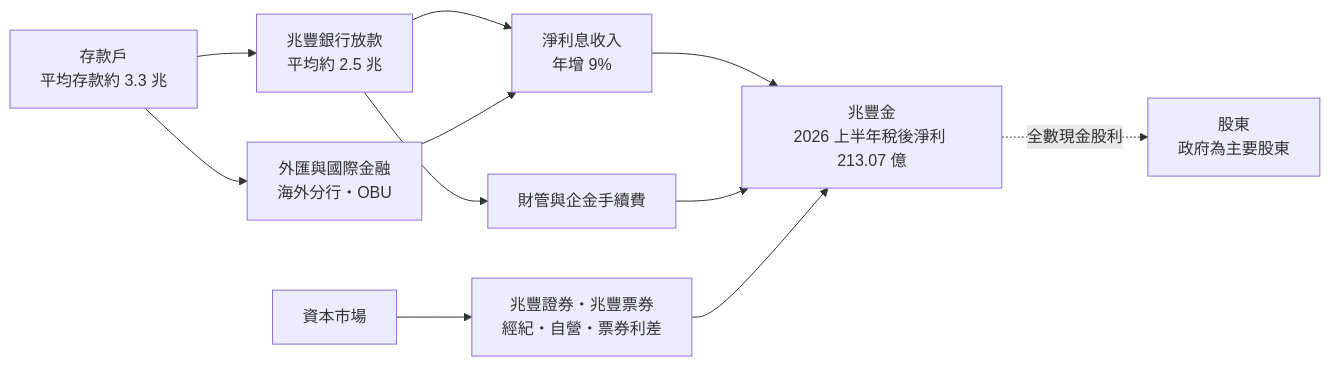
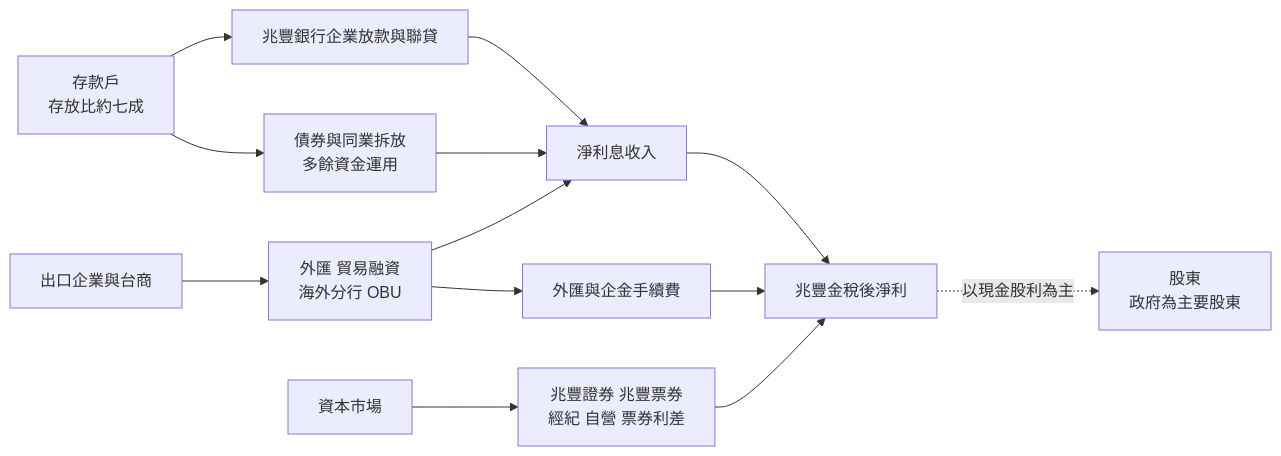
The second of 4 diagrams in 個股/台股/2886兆豐金.md (wangnick1004/taiwan-stock-vault), drawn with Mermaid before and after one commit. The commit also changed other lines of this file and 7 other files, not shown here.

````diff
--- a/個股/台股/2886兆豐金.md
+++ b/個股/台股/2886兆豐金.md
@@ -72,13 +74,15 @@
 ```mermaid
 flowchart LR
-    A[存款戶<br/>平均存款約 3.3 兆] --> C[兆豐銀行放款<br/>平均約 2.5 兆]
-    A --> D[外匯與國際金融<br/>海外分行・OBU]
-    C --> E[淨利息收入<br/>年增 9%]
-    D --> E
-    C --> F[財管與企金手續費]
-    G[資本市場] --> H[兆豐證券・兆豐票券<br/>經紀・自營・票券利差]
-    E --> J[兆豐金<br/>2026 上半年稅後淨利 213.07 億]
-    F --> J
-    H --> J
-    J -. 全數現金股利 .-> K[股東<br/>政府為主要股東]
+    A["存款戶<br/>存放比約七成"] --> C[兆豐銀行企業放款與聯貸]
+    A --> D["債券與同業拆放<br/>多餘資金運用"]
+    E[出口企業與台商] --> F["外匯 貿易融資<br/>海外分行 OBU"]
+    C --> G[淨利息收入]
+    D --> G
+    F --> G
+    F --> H[外匯與企金手續費]
+    I[資本市場] --> J["兆豐證券 兆豐票券<br/>經紀 自營 票券利差"]
+    G --> K[兆豐金稅後淨利]
+    H --> K
+    J --> K
+    K -. 以現金股利為主 .-> L["股東<br/>政府為主要股東"]
 ```
````
